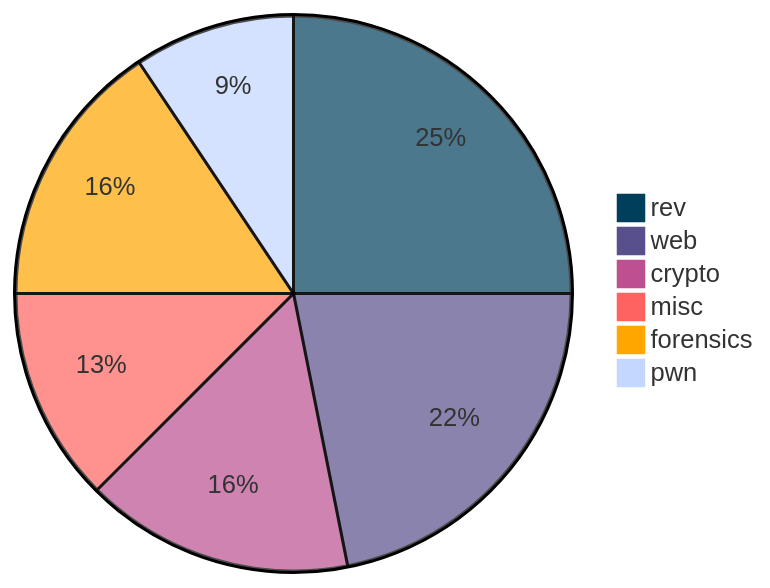
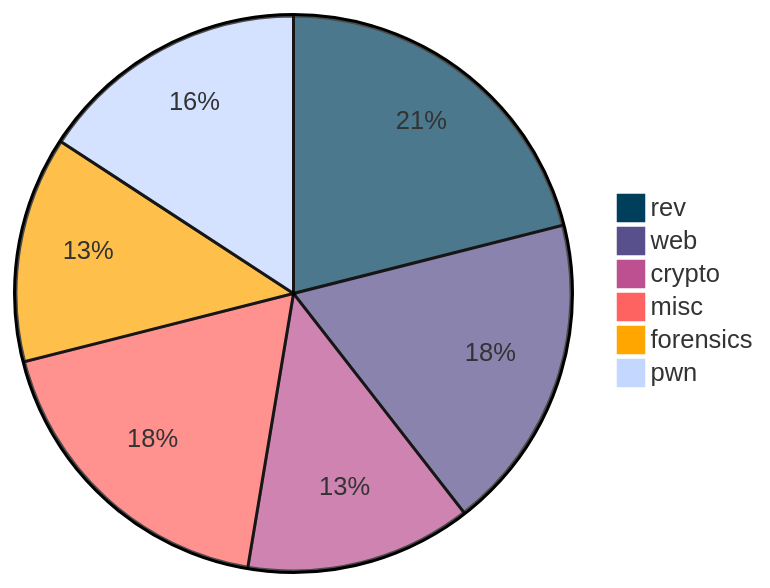
One commit to Nambers/ctf-writeups changed the diagram in README.md. Above: the diagram before and after it, drawn with Mermaid. The commit also changed 18 other files, not shown here.

````diff
--- a/README.md
+++ b/README.md
@@ -7,11 +7,11 @@
 ```mermaid
 %%{init: {'theme': 'base', 'themeVariables': { 'pie1': '#003f5c', 'pie2': '#58508d', 'pie3': '#bc5090', 'pie4': '#ff6361', 'pie5': '#ffa600'}}}%%
 pie
     "rev": 8
     "web": 7
     "crypto" : 5
     %% based_emoji incuded
-    "misc": 4
+    "misc": 7
     "forensics": 5
-    "pwn": 3
+    "pwn": 6
 ```
````
